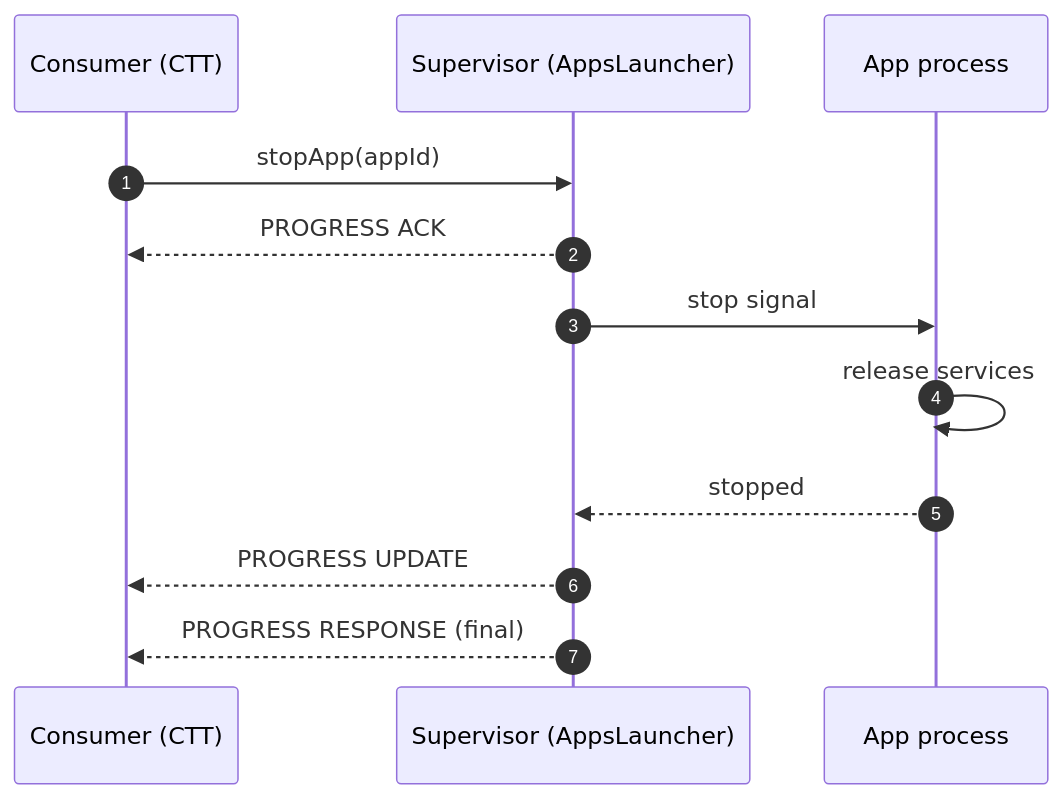
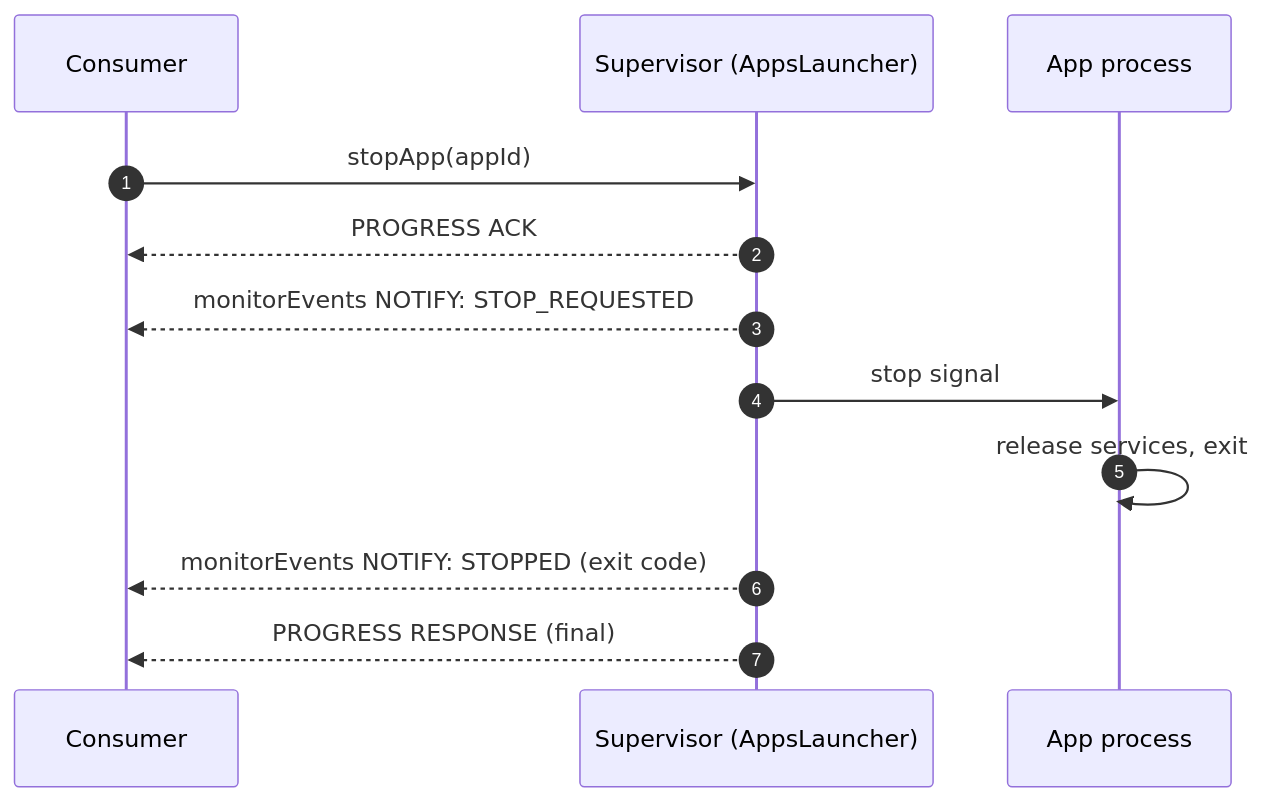
One commit to esa/nanosat-mo-framework changed the third of 6 diagrams in docs/source/concepts/lifecycle.rst. Above: the diagram before and after it, drawn with Mermaid. The commit also changed other lines of this file, not shown here.

First line of the commit message:
Updates NMF App Lifecycle docs with monitorEvents flowchart and AppEventType

```diff
--- a/docs/source/concepts/lifecycle.rst
+++ b/docs/source/concepts/lifecycle.rst
@@ -74,14 +110,14 @@
 .. mermaid::
 
     sequenceDiagram
         autonumber
-        participant C as Consumer (CTT)
+        participant C as Consumer
         participant S as Supervisor (AppsLauncher)
         participant A as App process
         C->>S: stopApp(appId)
         S-->>C: PROGRESS ACK
+        S-->>C: monitorEvents NOTIFY: STOP_REQUESTED
         S->>A: stop signal
-        A->>A: release services
-        A-->>S: stopped
-        S-->>C: PROGRESS UPDATE
+        A->>A: release services, exit
+        S-->>C: monitorEvents NOTIFY: STOPPED (exit code)
         S-->>C: PROGRESS RESPONSE (final)
```
